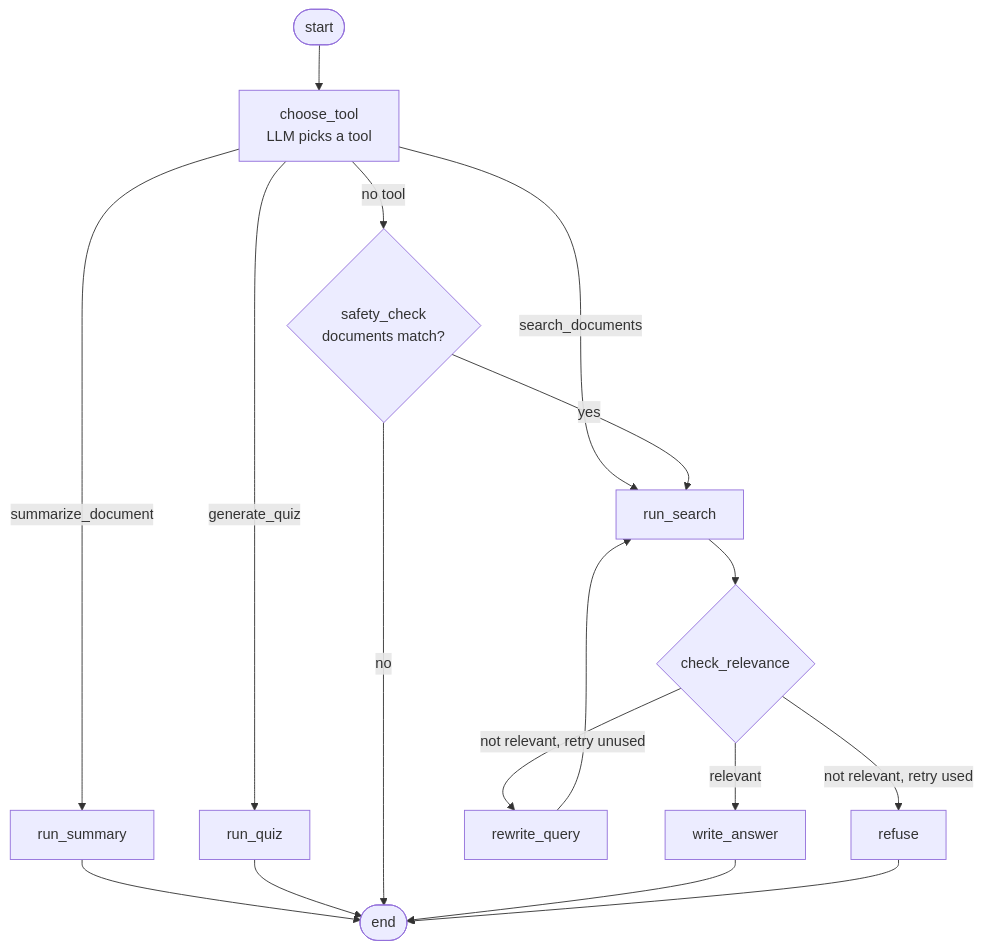
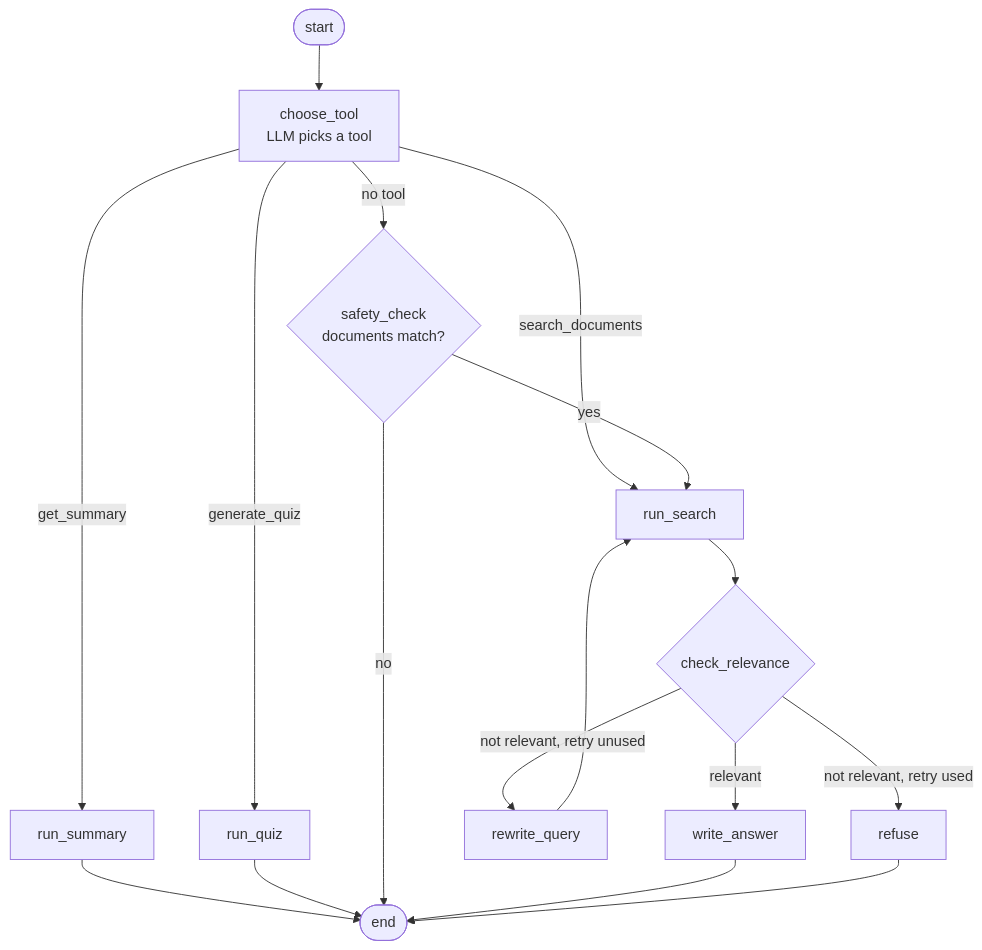
Before and after one commit to youssefdhouib/Local-Multi-PDF-RAG-Assistant: the second of 2 diagrams in README.md, drawn with Mermaid. The commit also changed other lines of this file and 3 other files, not shown here.

First line of the commit message:
fix: make summary requests and "this document" work in the LangGraph chat

````diff
--- a/README.md
+++ b/README.md
@@ -142,14 +142,14 @@
 ```mermaid
 flowchart TD
     S([start]) --> C[choose_tool<br/>LLM picks a tool]
     C -- search_documents --> R[run_search]
-    C -- summarize_document --> SU[run_summary] --> E([end])
+    C -- get_summary --> SU[run_summary] --> E([end])
     C -- generate_quiz --> QZ[run_quiz] --> E
     C -- no tool --> SC{safety_check<br/>documents match?}
     SC -- yes --> R
     SC -- no --> E
     R --> CR{check_relevance}
     CR -- relevant --> A[write_answer] --> E
     CR -- not relevant, retry unused --> RW[rewrite_query] --> R
     CR -- not relevant, retry used --> RF[refuse] --> E
 ```
````
